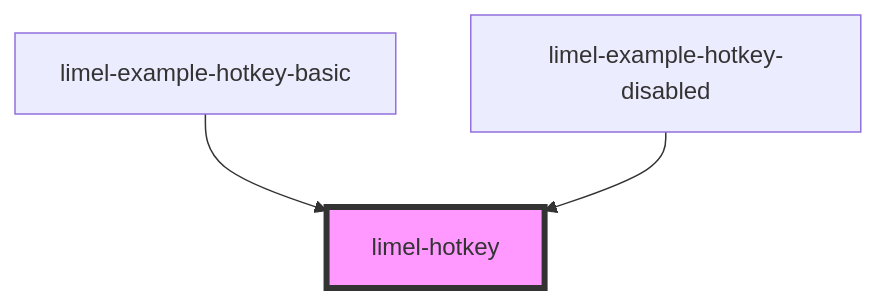
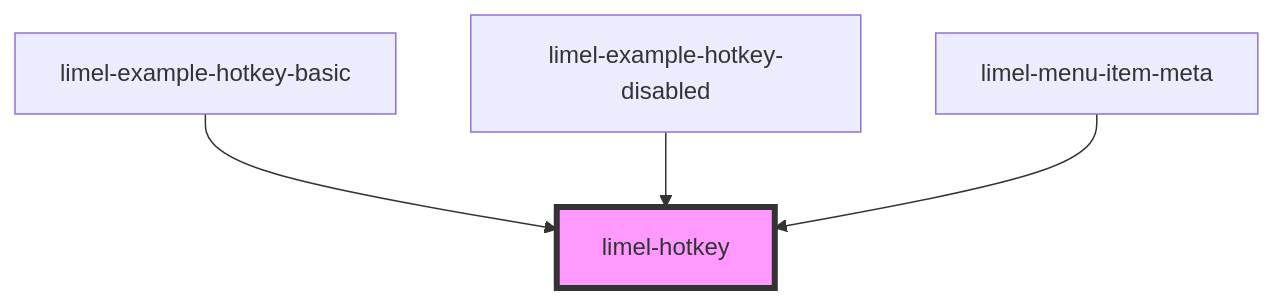
Before and after one commit to Lundalogik/lime-elements: the diagram in versions/PR-3986/markdown-docs/components/hotkey/readme.md, drawn with Mermaid. The commit also changed other lines of this file and 203 other files, not shown here.

````diff
--- a/versions/PR-3986/markdown-docs/components/hotkey/readme.md
+++ b/versions/PR-3986/markdown-docs/components/hotkey/readme.md
@@ -31,6 +32,7 @@
 ```mermaid
 graph TD;
   limel-example-hotkey-basic --> limel-hotkey
   limel-example-hotkey-disabled --> limel-hotkey
+  limel-menu-item-meta --> limel-hotkey
   style limel-hotkey fill:#f9f,stroke:#333,stroke-width:4px
 ```
````
